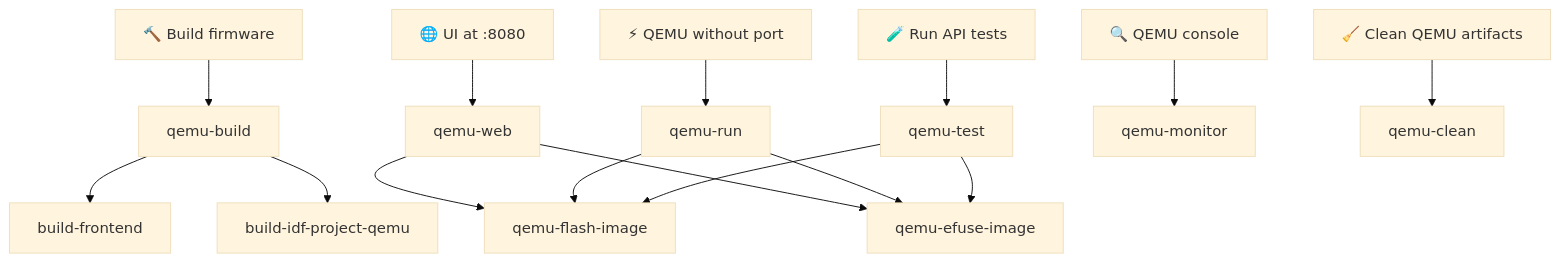
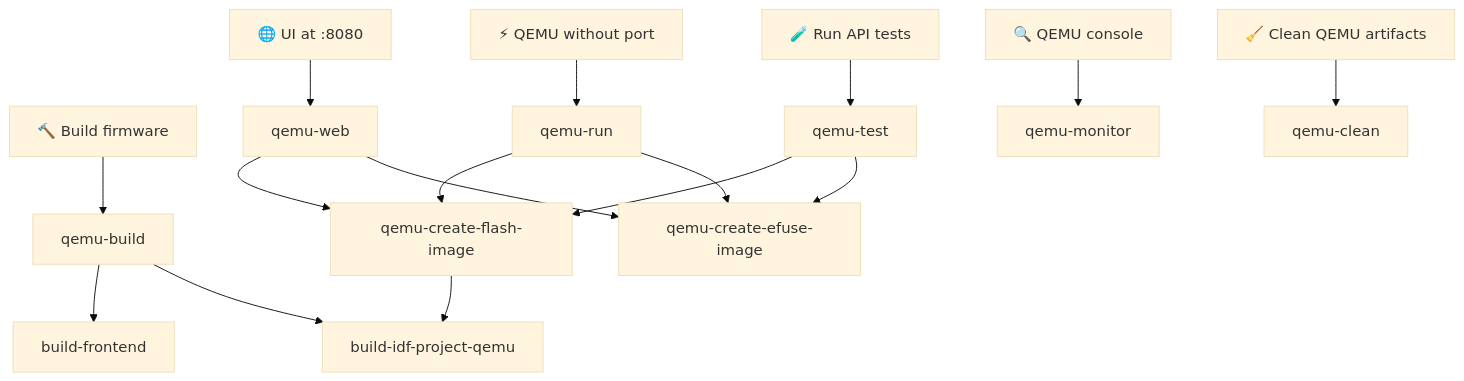
Before and after one commit to wirenboard/wb-mge: the diagram in README_QEMU.md, drawn with Mermaid (base theme). The commit also changed other lines of this file and 3 other files, not shown here.

First line of the commit message:
build(qemu): rename qemu flash/efuse targets

````diff
--- a/README_QEMU.md
+++ b/README_QEMU.md
@@ -29,19 +29,20 @@
 ```mermaid
 graph TD
     B["🔨 Build firmware"] --> qemu-build
     W["🌐 UI at :8080"] --> qemu-web
     T["🧪 Run API tests"] --> qemu-test
     R["⚡ QEMU without port"] --> qemu-run
     M["🔍 QEMU console"] --> qemu-monitor
     C["🧹 Clean QEMU artifacts"] --> qemu-clean
 
     qemu-build --> build-frontend
     qemu-build --> build-idf-project-qemu
 
-    qemu-web --> qemu-flash-image
-    qemu-web --> qemu-efuse-image
-    qemu-run --> qemu-flash-image
-    qemu-run --> qemu-efuse-image
-    qemu-test --> qemu-flash-image
-    qemu-test --> qemu-efuse-image
+    qemu-web --> qemu-create-flash-image
+    qemu-web --> qemu-create-efuse-image
+    qemu-run --> qemu-create-flash-image
+    qemu-run --> qemu-create-efuse-image
+    qemu-test --> qemu-create-flash-image
+    qemu-test --> qemu-create-efuse-image
+    qemu-create-flash-image --> build-idf-project-qemu
 ```
````
